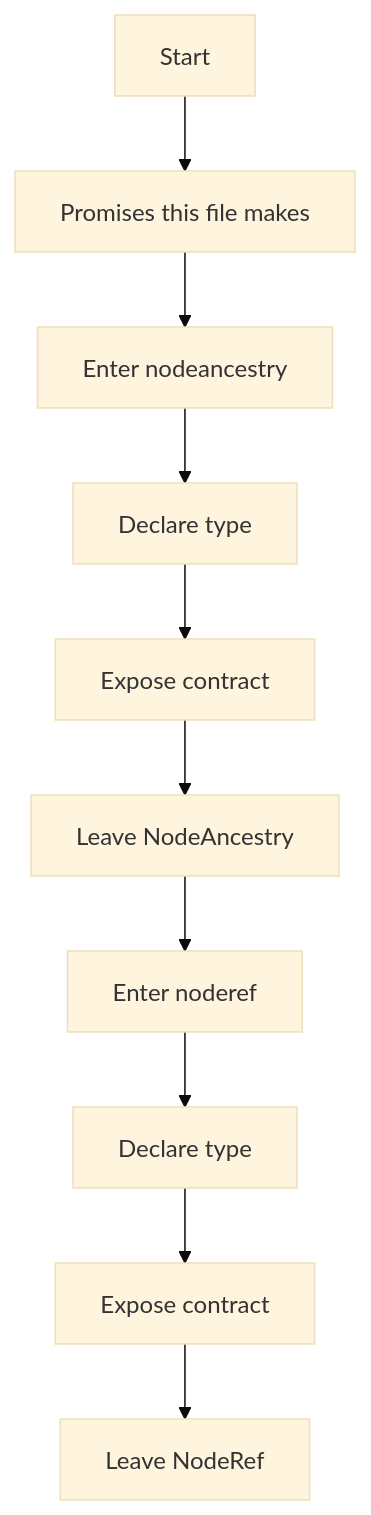
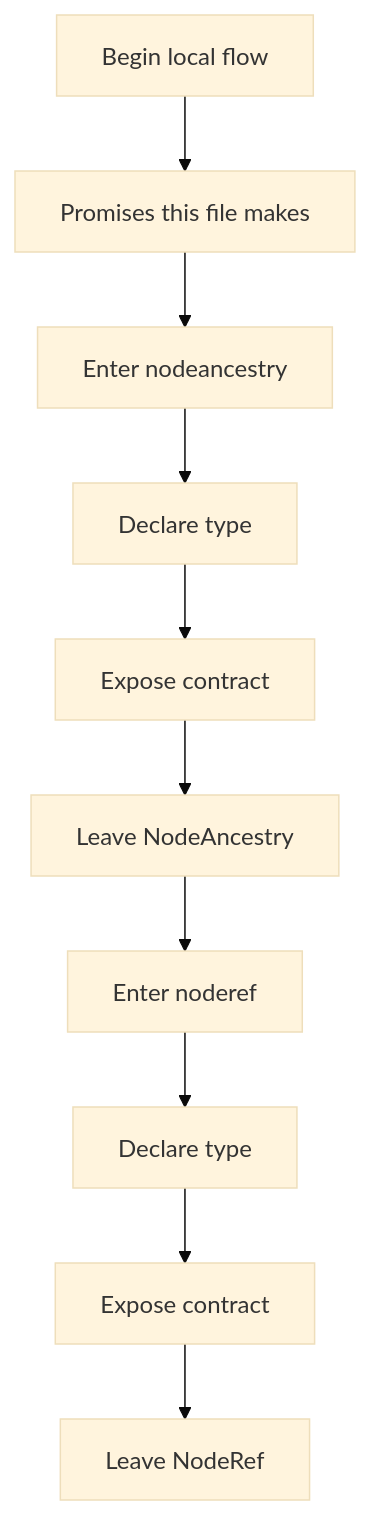
One commit to JohnAndrewBalbarosa/NeoTerritory changed the first of 4 diagrams in docs/Codebase/Microservice/Modules/Header/SyntacticBrokenAST/HashingMechanism/HashLinks/Flow/parse_tree_hash_links_program_flow.hpp.md. Above: the diagram before and after it, drawn with Mermaid (base theme). The commit also changed other lines of this file and 915 other files, not shown here.

````diff
--- a/docs/Codebase/Microservice/Modules/Header/SyntacticBrokenAST/HashingMechanism/HashLinks/Flow/parse_tree_hash_links_program_flow.hpp.md
+++ b/docs/Codebase/Microservice/Modules/Header/SyntacticBrokenAST/HashingMechanism/HashLinks/Flow/parse_tree_hash_links_program_flow.hpp.md
@@ -15,22 +15,22 @@
 ```mermaid
 flowchart TD
-    N0["Start"]
+    N0["Begin local flow"]
     N1["Promises this file makes"]
     N2["Enter nodeancestry"]
     N3["Declare type"]
     N4["Expose contract"]
     N5["Leave NodeAncestry"]
     N6["Enter noderef"]
     N7["Declare type"]
     N8["Expose contract"]
     N9["Leave NodeRef"]
     N0 --> N1
     N1 --> N2
     N2 --> N3
     N3 --> N4
     N4 --> N5
     N5 --> N6
     N6 --> N7
     N7 --> N8
     N8 --> N9
 ```
````
